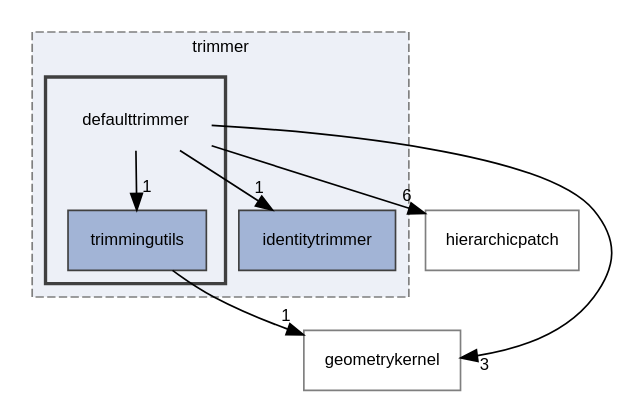
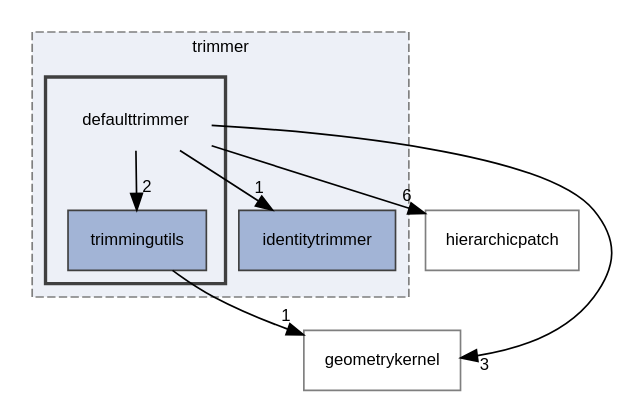
One commit to rath3t/dune-iga-doc changed the diagram in dir_265321845ed2650d675b22a94b62262d_dep.dot. Above: the diagram before and after it, drawn with Graphviz. The commit also changed 1824 other files, not shown here.

```diff
--- a/dir_265321845ed2650d675b22a94b62262d_dep.dot
+++ b/dir_265321845ed2650d675b22a94b62262d_dep.dot
@@ -1,23 +1,23 @@
 digraph "defaulttrimmer"
 {
  // LATEX_PDF_SIZE
   edge [fontname="Helvetica",fontsize="10",labelfontname="Helvetica",labelfontsize="10"];
   node [fontname="Helvetica",fontsize="10",shape=record];
   compound=true
   subgraph clusterdir_7d0c370ab440c4b4f78419bfc8c93eb8 {
     graph [ bgcolor="#edf0f7", pencolor="grey50", style="filled,dashed,", label="trimmer", fontname="Helvetica", fontsize="10", URL="dir_7d0c370ab440c4b4f78419bfc8c93eb8.html"]
   dir_aa3557bd66a6784b3b9e663253e8d0ba [shape=box, label="identitytrimmer", style="filled,", fillcolor="#a2b4d6", color="grey25", URL="dir_aa3557bd66a6784b3b9e663253e8d0ba.html"];
   subgraph clusterdir_265321845ed2650d675b22a94b62262d {
     graph [ bgcolor="#edf0f7", pencolor="grey25", style="filled,bold,", label="", fontname="Helvetica", fontsize="10", URL="dir_265321845ed2650d675b22a94b62262d.html"]
     dir_265321845ed2650d675b22a94b62262d [shape=plaintext, label="defaulttrimmer"];
   dir_75403dd546d989c4e56d84af3932dae7 [shape=box, label="trimmingutils", style="filled,", fillcolor="#a2b4d6", color="grey25", URL="dir_75403dd546d989c4e56d84af3932dae7.html"];
   }
   }
   dir_12fc9e68aad46ae2d80ba50ef1c96d76 [shape=box, label="hierarchicpatch", style="", fillcolor="#edf0f7", color="grey50", URL="dir_12fc9e68aad46ae2d80ba50ef1c96d76.html"];
   dir_98571e7345f7327fea7723ec1a12d870 [shape=box, label="geometrykernel", style="", fillcolor="#edf0f7", color="grey50", URL="dir_98571e7345f7327fea7723ec1a12d870.html"];
   dir_265321845ed2650d675b22a94b62262d->dir_12fc9e68aad46ae2d80ba50ef1c96d76 [headlabel="6", labeldistance=1.5 headhref="dir_000001_000007.html"];
-  dir_265321845ed2650d675b22a94b62262d->dir_75403dd546d989c4e56d84af3932dae7 [headlabel="1", labeldistance=1.5 headhref="dir_000001_000021.html"];
+  dir_265321845ed2650d675b22a94b62262d->dir_75403dd546d989c4e56d84af3932dae7 [headlabel="2", labeldistance=1.5 headhref="dir_000001_000021.html"];
   dir_265321845ed2650d675b22a94b62262d->dir_98571e7345f7327fea7723ec1a12d870 [headlabel="3", labeldistance=1.5 headhref="dir_000001_000006.html"];
   dir_265321845ed2650d675b22a94b62262d->dir_aa3557bd66a6784b3b9e663253e8d0ba [headlabel="1", labeldistance=1.5 headhref="dir_000001_000009.html"];
   dir_75403dd546d989c4e56d84af3932dae7->dir_98571e7345f7327fea7723ec1a12d870 [headlabel="1", labeldistance=1.5 headhref="dir_000021_000006.html"];
 }
```
